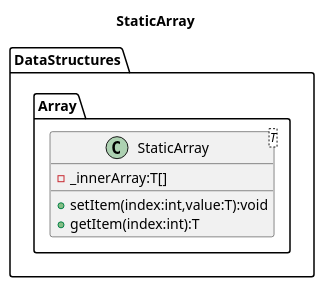
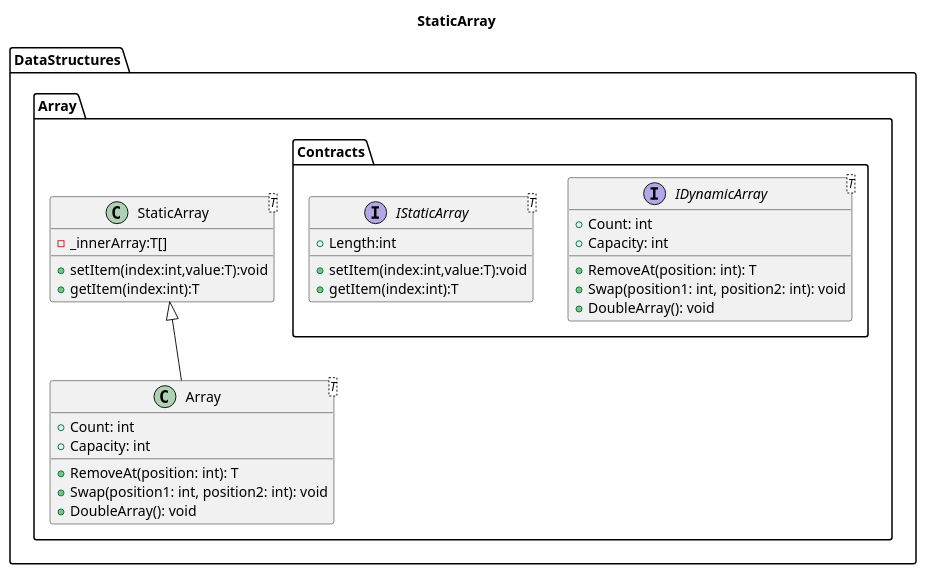
Before and after one commit to Abdirashid-dv/Veri-Yapilari-ve-Algoritmalar: the diagram in DataStructures/Array/Model/StaticArray.wsd, drawn with PlantUML. The commit also changed 64 other files, not shown here.

```diff
--- a/DataStructures/Array/Model/StaticArray.wsd
+++ b/DataStructures/Array/Model/StaticArray.wsd
@@ -1,11 +1,36 @@
 @startuml StaticArray
 title StaticArray
 
+
+namespace DataStructures.Array.Contracts {
+    interface IDynamicArray<T> {
+        +Count: int
+        +Capacity: int
+        +RemoveAt(position: int): T
+        +Swap(position1: int, position2: int): void
+        +DoubleArray(): void
+    }
+}
+namespace DataStructures.Array.Contracts{
+    interface IStaticArray<T>{
+        +Length:int
+        +setItem(index:int,value:T):void
+        +getItem(index:int):T
+    }
+}
 namespace DataStructures.Array{
     class StaticArray<T>{
         -_innerArray:T[]
         +setItem(index:int,value:T):void
         +getItem(index:int):T
     }
+
+    class Array<T> extends StaticArray<T>{
+        +Count: int
+        +Capacity: int
+        +RemoveAt(position: int): T
+        +Swap(position1: int, position2: int): void
+        +DoubleArray(): void
+    }
 }
 @enduml
```
